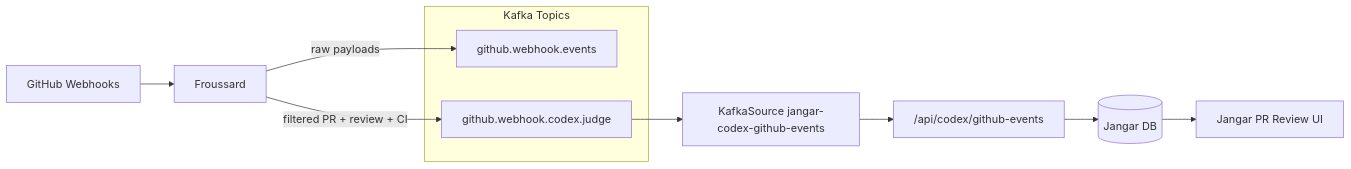
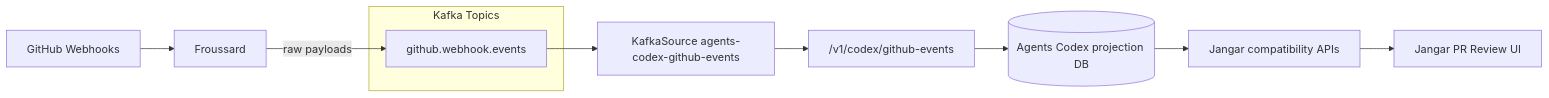
One commit to proompteng/lab changed the diagram in docs/jangar/github-pr-review-in-app.md. Above: the diagram before and after it, drawn with Mermaid. The commit also changed other lines of this file and 11 other files, not shown here.

Commit message:
refactor(agents): consume raw github webhook stream

````diff
--- a/docs/jangar/github-pr-review-in-app.md
+++ b/docs/jangar/github-pr-review-in-app.md
@@ -138,14 +137,13 @@
 ```mermaid
 flowchart LR
   GH[GitHub Webhooks] --> FR[Froussard]
   subgraph Kafka[Kafka Topics]
     RAW[github.webhook.events]
-    CJ[github.webhook.codex.judge]
   end
   FR -->|raw payloads| RAW
-  FR -->|filtered PR + review + CI| CJ
-  CJ --> KS[KafkaSource jangar-codex-github-events]
-  KS --> JAPI["/api/codex/github-events"]
-  JAPI --> JDB[(Jangar DB)]
-  JDB --> JUI[Jangar PR Review UI]
+  RAW --> KS[KafkaSource agents-codex-github-events]
+  KS --> AAPI["/v1/codex/github-events"]
+  AAPI --> ADB[(Agents Codex projection DB)]
+  ADB --> JAPI[Jangar compatibility APIs]
+  JAPI --> JUI[Jangar PR Review UI]
 ```
````
